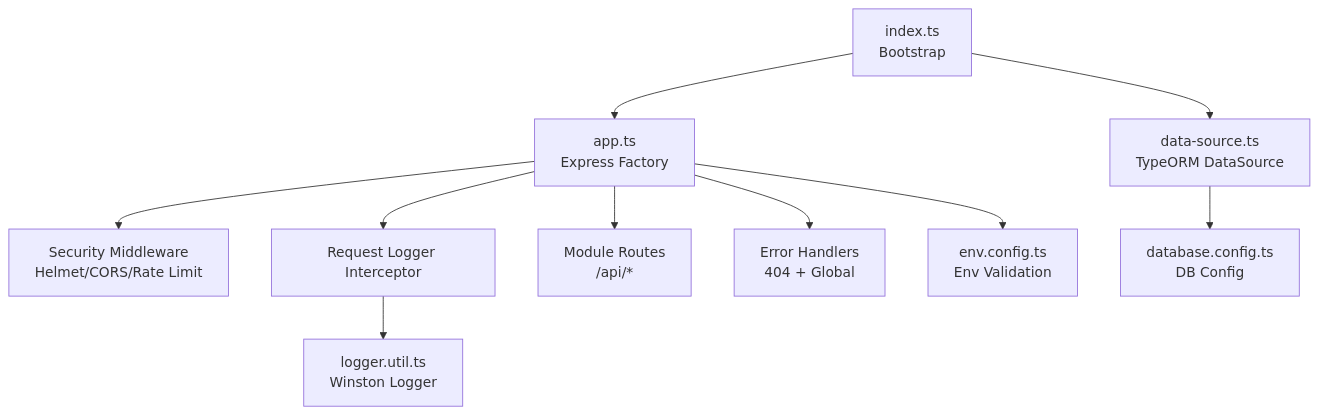
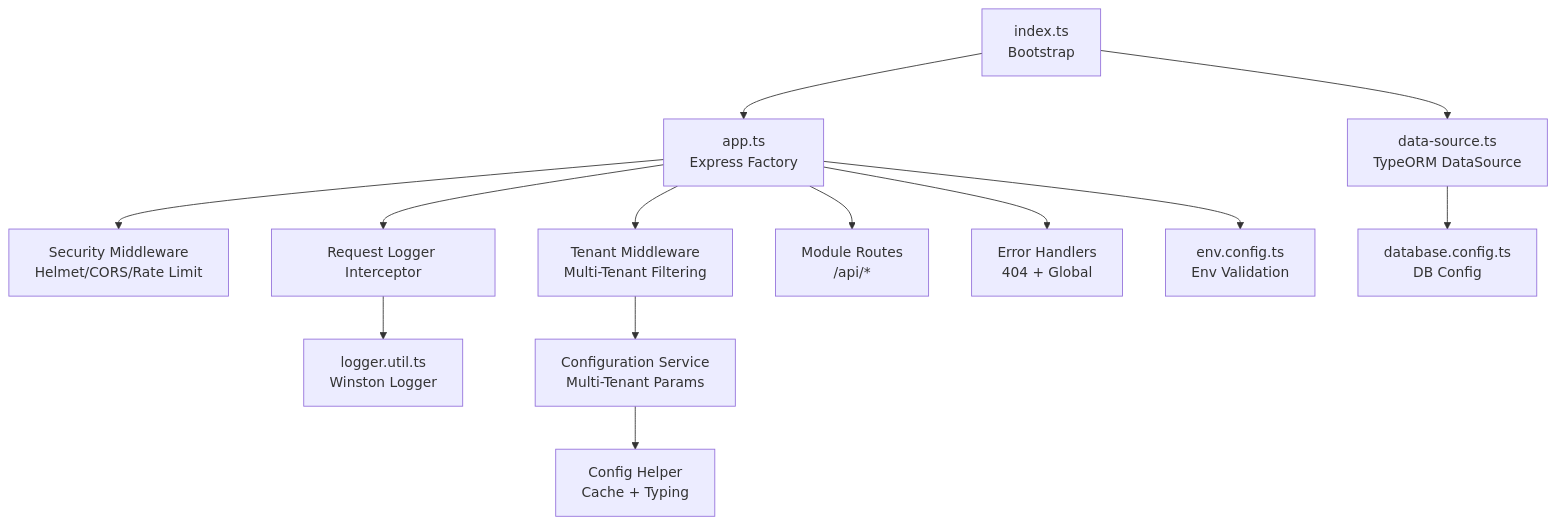
Before and after one commit to franckylab/eLISAschool: the second of 15 diagrams in .qoder/repowiki/en/content/Development & Testing Guide/Development & Testing Guide.md, drawn with Mermaid. The commit also changed other lines of this file and 281 other files, not shown here.

````diff
--- a/.qoder/repowiki/en/content/Development & Testing Guide/Development & Testing Guide.md
+++ b/.qoder/repowiki/en/content/Development & Testing Guide/Development & Testing Guide.md
@@ -140,12 +189,15 @@
 ```mermaid
 graph TB
 IDX["index.ts<br/>Bootstrap"] --> APP["app.ts<br/>Express Factory"]
 APP --> SEC["Security Middleware<br/>Helmet/CORS/Rate Limit"]
 APP --> LOG_INT["Request Logger Interceptor"]
+APP --> TENANT_MW["Tenant Middleware<br/>Multi-Tenant Filtering"]
 APP --> ROUTES["Module Routes<br/>/api/*"]
 APP --> ERR["Error Handlers<br/>404 + Global"]
 IDX --> DS["data-source.ts<br/>TypeORM DataSource"]
 DS --> DB_CFG["database.config.ts<br/>DB Config"]
 APP --> ENV["env.config.ts<br/>Env Validation"]
 LOG_INT --> LOG_UTIL["logger.util.ts<br/>Winston Logger"]
+TENANT_MW --> CFG_SERVICE["Configuration Service<br/>Multi-Tenant Params"]
+CFG_SERVICE --> CFG_HELPER["Config Helper<br/>Cache + Typing"]
 ```
````
